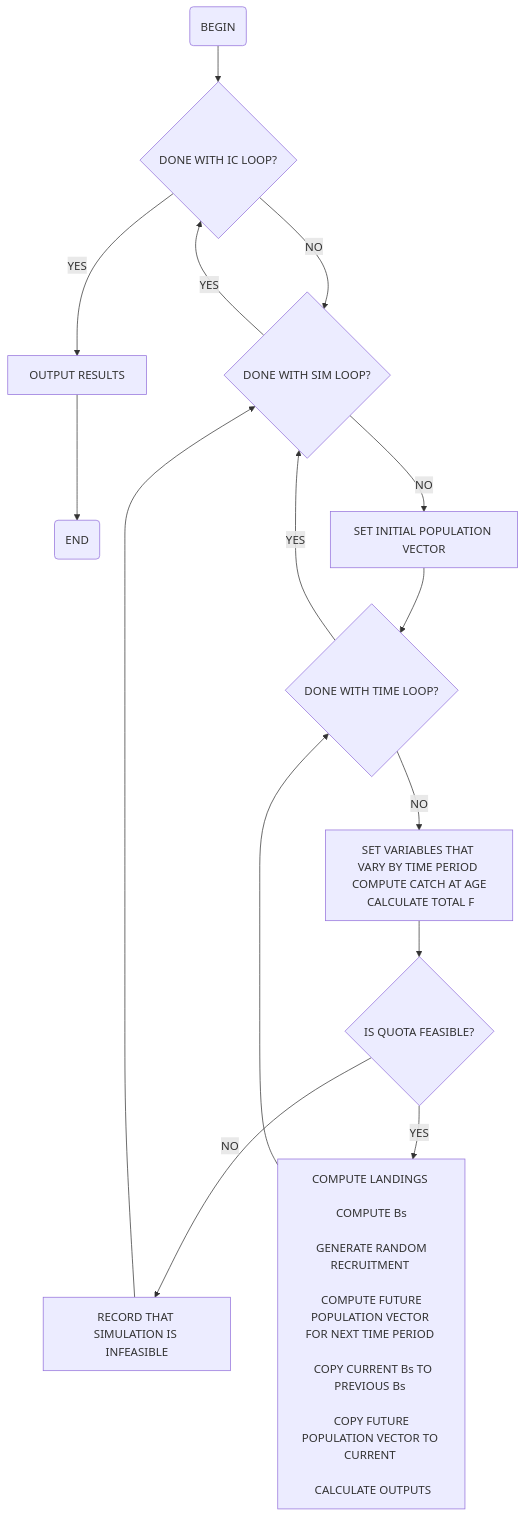
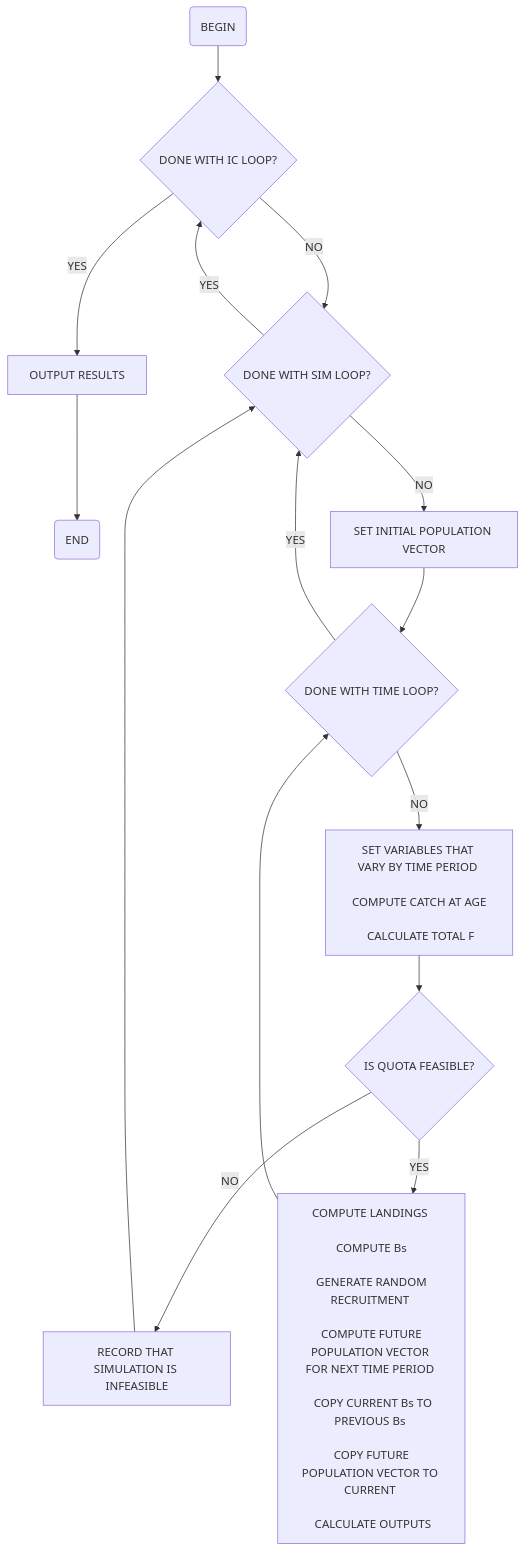
Before and after one commit to PIFSCstockassessments/agepro-ref-manual: the diagram in fig01_agepro-flowchart.qmd, drawn with Mermaid.

Commit message:
figure 1 tweaks

````diff
--- a/fig01_agepro-flowchart.qmd
+++ b/fig01_agepro-flowchart.qmd
@@ -8,27 +8,27 @@
 ```{mermaid}
 flowchart TD
     A(BEGIN) --> B{DONE WITH IC LOOP?}
     
     B -- YES --> J[OUTPUT RESULTS]
     J --> K(END)
     
     B -- NO --> C{DONE WITH SIM LOOP?}
     C -- YES --> B
     
     C -- NO --> D[SET INITIAL POPULATION VECTOR]
     D --> E{DONE WITH TIME LOOP?}
     
     E -- YES --> C
-    E -- NO --> F[SET VARIABLES THAT VARY BY TIME PERIOD <br> COMPUTE CATCH AT AGE <br> CALCULATE TOTAL F]
+    E -- NO --> F[SET VARIABLES THAT VARY BY TIME PERIOD <br> <br> COMPUTE CATCH AT AGE <br> <br> CALCULATE TOTAL F]
     
     F --> G{IS QUOTA FEASIBLE?}
     
     G -- NO --> I[RECORD THAT SIMULATION IS INFEASIBLE]
     I --> C
     
     G -- YES --> H[COMPUTE LANDINGS <br> <br> COMPUTE Bs <br> <br> GENERATE RANDOM RECRUITMENT <br> <br> COMPUTE FUTURE POPULATION VECTOR FOR NEXT TIME PERIOD <br> <br>  COPY CURRENT Bs TO PREVIOUS Bs <br> <br> COPY FUTURE POPULATION VECTOR TO CURRENT <br> <br> CALCULATE OUTPUTS]
     
     %% Return loop from H to E
     H --> E
     
 ```
````
